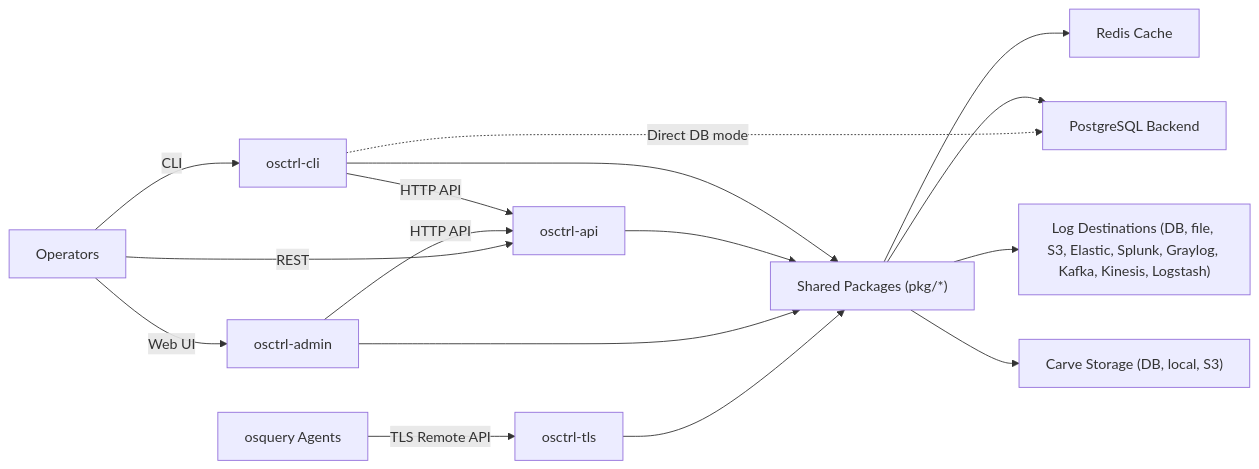
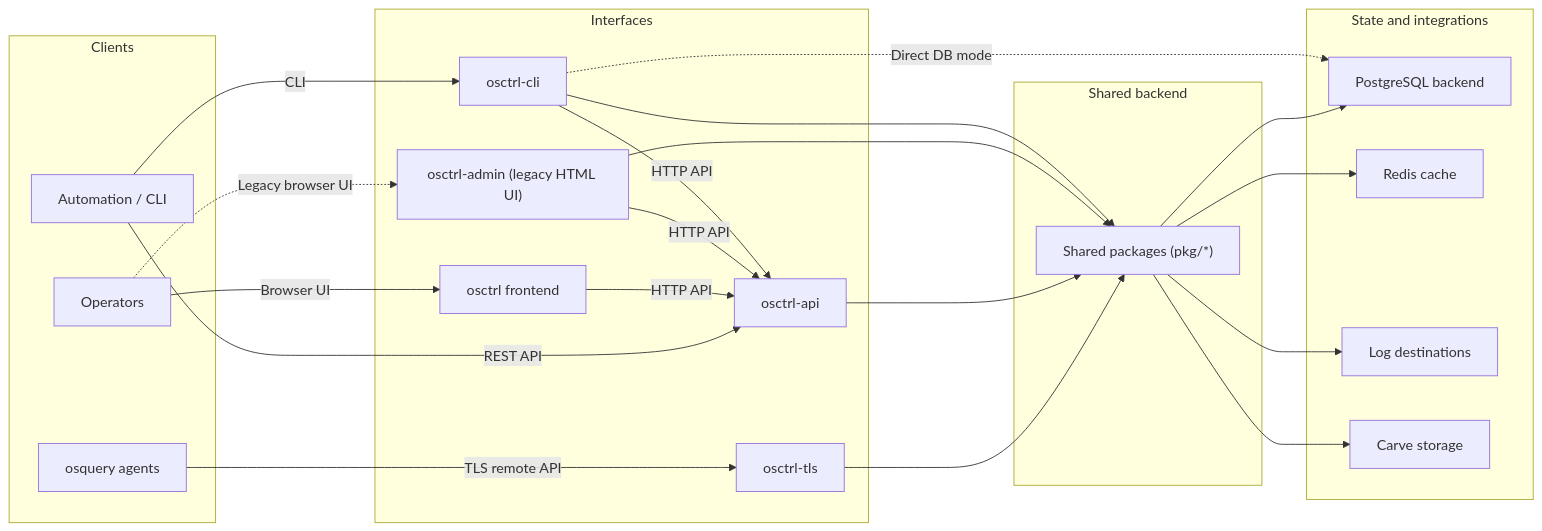
One commit to jmpsec/osctrl changed the diagram in README.md. Above: the diagram before and after it, drawn with Mermaid. The commit also changed other lines of this file and 1 other file, not shown here.

Commit message:
Updated README with notice about deprecation of osctrl-admin

````diff
--- a/README.md
+++ b/README.md
@@ -81,21 +85,48 @@
 ```mermaid
 flowchart LR
-    A["osquery Agents"] -->|TLS Remote API| T["osctrl-tls"]
-    O["Operators"] -->|Web UI| W["osctrl-admin"]
-    O -->|CLI| C["osctrl-cli"]
-    O -->|REST| P["osctrl-api"]
+    subgraph Clients["Clients"]
+        Agents["osquery agents"]
+        Ops["Operators"]
+        Tools["Automation / CLI"]
+    end
 
-    W -->|HTTP API| P
-    C -->|HTTP API| P
+    subgraph Interfaces["Interfaces"]
+        Tls["osctrl-tls"]
+        Frontend["osctrl frontend"]
+        Admin["osctrl-admin (legacy HTML UI)"]
+        API["osctrl-api"]
+        CLI["osctrl-cli"]
+    end
 
-    T --> S["Shared Packages (pkg/*)"]
-    W --> S
-    P --> S
-    C --> S
-    C -.->|Direct DB mode| D
+    subgraph Core["Shared backend"]
+        Shared["Shared packages (pkg/*)"]
+    end
 
-    S --> D["PostgreSQL Backend"]
-    S --> R["Redis Cache"]
-    S --> L["Log Destinations (DB, file, S3, Elastic, Splunk, Graylog, Kafka, Kinesis, Logstash)"]
-    S --> F["Carve Storage (DB, local, S3)"]
+    subgraph Data["State and integrations"]
+        DB["PostgreSQL backend"]
+        Redis["Redis cache"]
+        Logs["Log destinations"]
+        Carves["Carve storage"]
+    end
+
+    Agents -->|TLS remote API| Tls
+    Ops -->|Browser UI| Frontend
+    Ops -.->|Legacy browser UI| Admin
+    Tools -->|REST API| API
+    Tools -->|CLI| CLI
+
+    Frontend -->|HTTP API| API
+    Admin -->|HTTP API| API
+    CLI -->|HTTP API| API
+
+    Tls --> Shared
+    API --> Shared
+    Admin --> Shared
+    CLI --> Shared
+
+    Shared --> DB
+    Shared --> Redis
+    Shared --> Logs
+    Shared --> Carves
+    CLI -.->|Direct DB mode| DB
 ```
````
